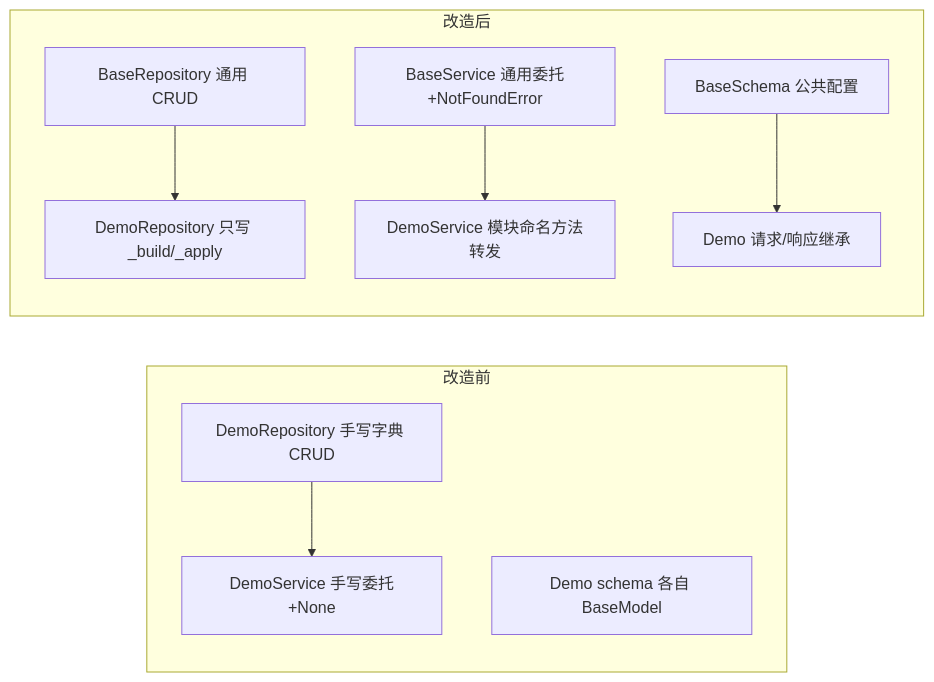
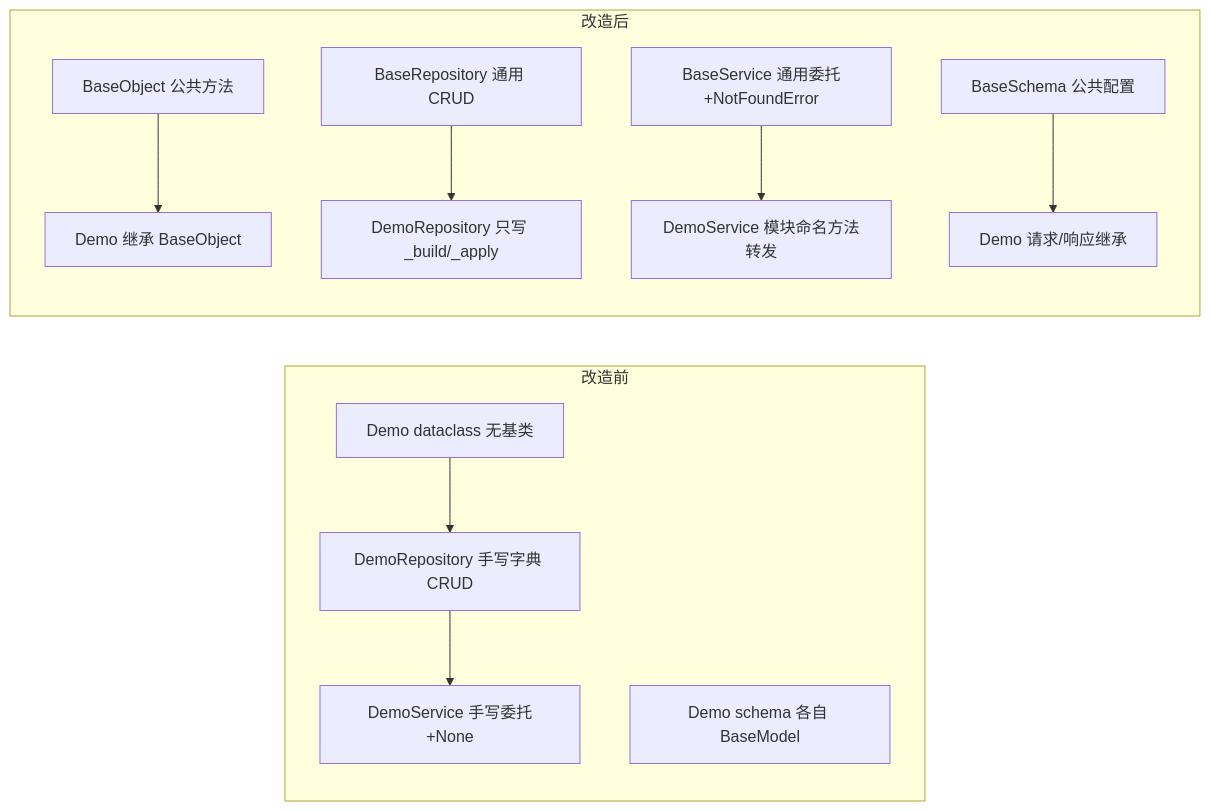
Before and after one commit to minjian123/basic-management-system: the diagram in bms文档/项目/01_项目骨架/任务/01_工程骨架_03_backend分层目录与职责/01_工程骨架_03_backend分层目录与职责_01_基础类/设计/01_详细设计_01_基础类.md, drawn with Mermaid. The commit also changed other lines of this file, not shown here.

Commit message:
docs(项目): 01-3-1 设计调整——新增根基类 BaseObject 与继承链

````diff
--- a/bms文档/项目/01_项目骨架/任务/01_工程骨架_03_backend分层目录与职责/01_工程骨架_03_backend分层目录与职责_01_基础类/设计/01_详细设计_01_基础类.md
+++ b/bms文档/项目/01_项目骨架/任务/01_工程骨架_03_backend分层目录与职责/01_工程骨架_03_backend分层目录与职责_01_基础类/设计/01_详细设计_01_基础类.md
@@ -109,12 +146,14 @@
 ```mermaid
 flowchart LR
     subgraph 改造前
-        A1[DemoRepository 手写字典 CRUD] --> A2[DemoService 手写委托+None]
+        A0[Demo dataclass 无基类] --> A1[DemoRepository 手写字典 CRUD]
+        A1 --> A2[DemoService 手写委托+None]
         A3[Demo schema 各自 BaseModel]
     end
     subgraph 改造后
-        B1[BaseRepository 通用 CRUD] --> B2[DemoRepository 只写 _build/_apply]
-        B3[BaseService 通用委托+NotFoundError] --> B4[DemoService 模块命名方法转发]
-        B5[BaseSchema 公共配置] --> B6[Demo 请求/响应继承]
+        B0[BaseObject 公共方法] --> B1[Demo 继承 BaseObject]
+        B2[BaseRepository 通用 CRUD] --> B3[DemoRepository 只写 _build/_apply]
+        B4[BaseService 通用委托+NotFoundError] --> B5[DemoService 模块命名方法转发]
+        B6[BaseSchema 公共配置] --> B7[Demo 请求/响应继承]
     end
 ```
````
